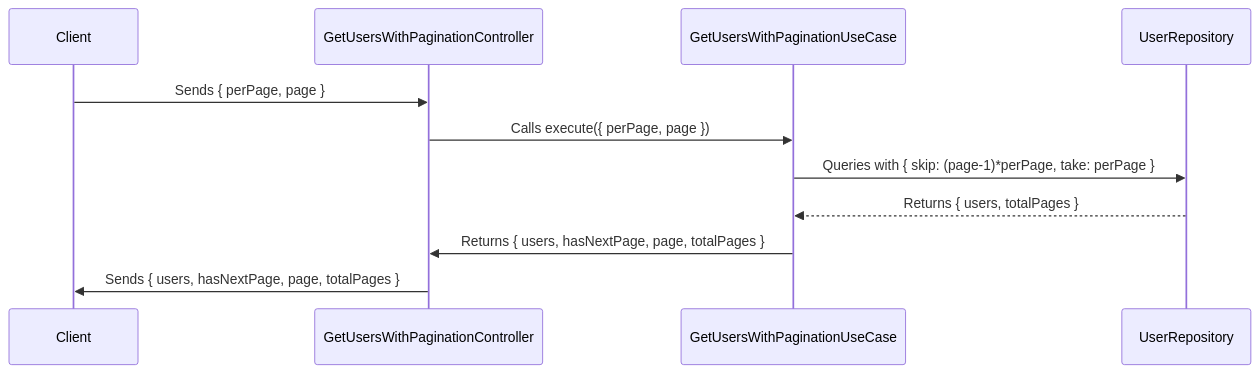
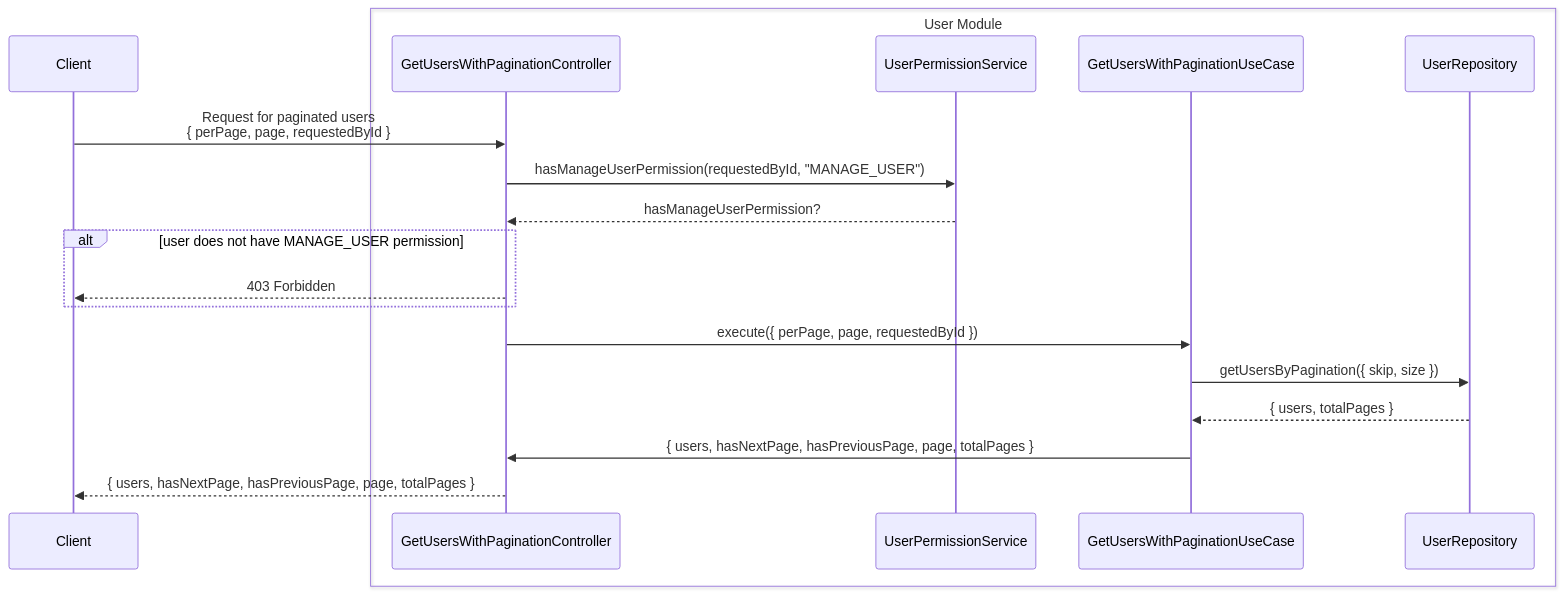
One commit to ThesisVault/thesis-vault changed the diagram in docs/diagrams/user/useCase/getUsersWithPaginationUseCase.sequence.md. Above: the diagram before and after it, drawn with Mermaid. The commit also changed 12 other files, not shown here.

First line of the commit message:
Updated getUsersWithPaginationUseCase

````diff
--- a/docs/diagrams/user/useCase/getUsersWithPaginationUseCase.sequence.md
+++ b/docs/diagrams/user/useCase/getUsersWithPaginationUseCase.sequence.md
@@ -3,15 +3,24 @@
 ```mermaid
 sequenceDiagram
     participant Client
 
-    participant GetUsersWithPaginationController
-    participant GetUsersWithPaginationUseCase
-    participant UserRepository
+    box User Module
+        participant GetUsersWithPaginationController
+        participant UserPermissionService
+        participant GetUsersWithPaginationUseCase
+        participant UserRepository
+    end
 
-    Client->>GetUsersWithPaginationController: Sends { perPage, page }
-    GetUsersWithPaginationController->>GetUsersWithPaginationUseCase: Calls execute({ perPage, page })
-    GetUsersWithPaginationUseCase->>UserRepository: Queries with { skip: (page-1)*perPage, take: perPage }
-    UserRepository-->>GetUsersWithPaginationUseCase: Returns { users, totalPages }
-    GetUsersWithPaginationUseCase->>GetUsersWithPaginationController: Returns { users, hasNextPage, page, totalPages }
-    GetUsersWithPaginationController->>Client: Sends { users, hasNextPage, page, totalPages }
+    Client ->> GetUsersWithPaginationController: Request for paginated users <br/> { perPage, page, requestedById }
+    GetUsersWithPaginationController ->> UserPermissionService: hasManageUserPermission(requestedById, "MANAGE_USER")
+    UserPermissionService -->> GetUsersWithPaginationController: hasManageUserPermission?
+    alt user does not have MANAGE_USER permission
+        GetUsersWithPaginationController -->> Client: 403 Forbidden
+    end
+
+    GetUsersWithPaginationController ->> GetUsersWithPaginationUseCase: execute({ perPage, page, requestedById })
+    GetUsersWithPaginationUseCase ->> UserRepository: getUsersByPagination({ skip, size })
+    UserRepository -->> GetUsersWithPaginationUseCase: { users, totalPages }
+    GetUsersWithPaginationUseCase ->> GetUsersWithPaginationController: { users, hasNextPage, hasPreviousPage, page, totalPages }
+    GetUsersWithPaginationController -->> Client: { users, hasNextPage, hasPreviousPage, page, totalPages }
 ```
````
